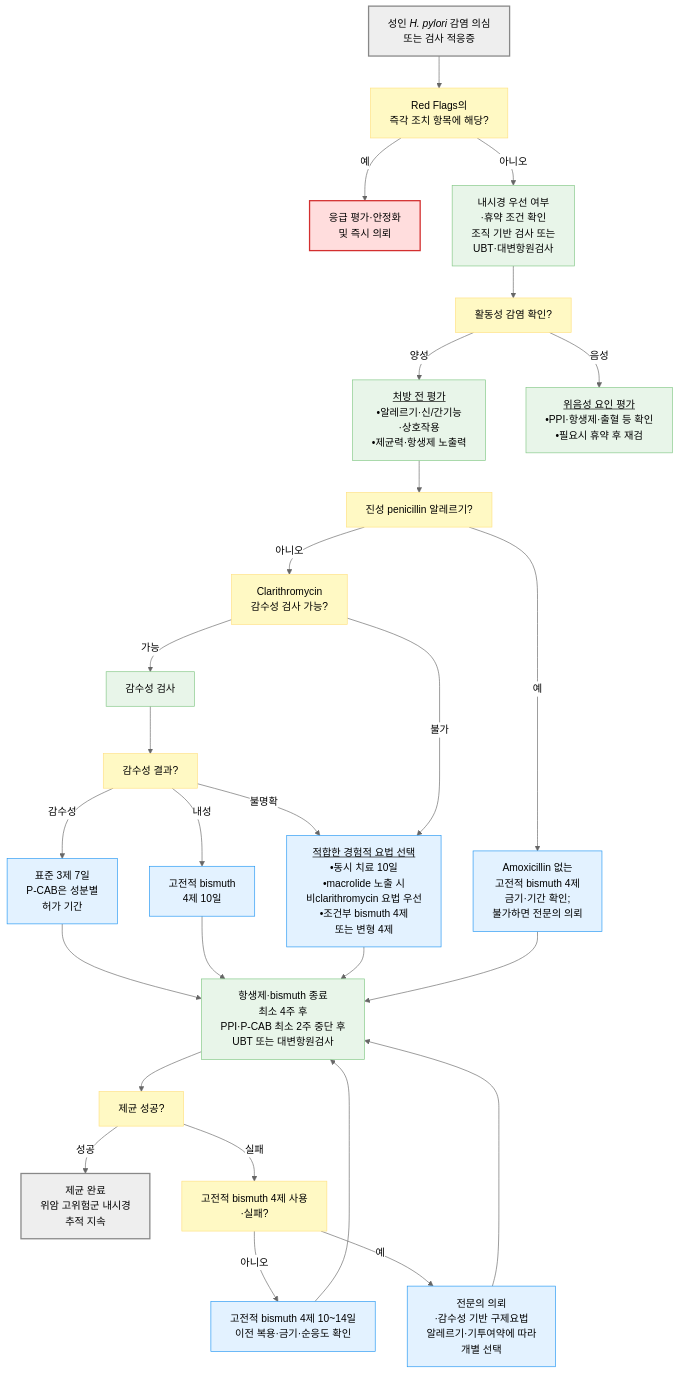
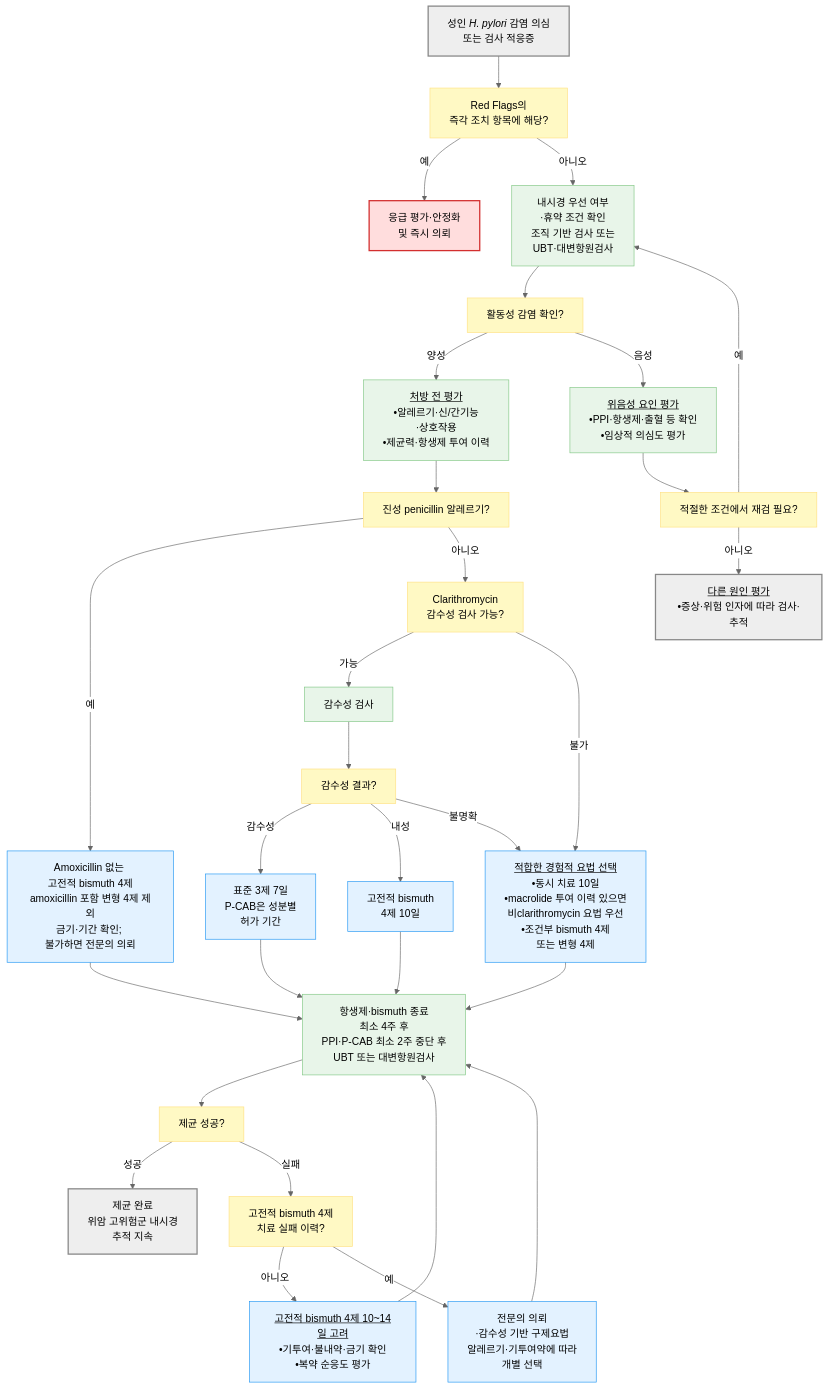
One commit to familyoh77/familyoh77 changed the diagram in 224_/080_-h_pylori-infection.md. Above: the diagram before and after it, drawn with Mermaid (neutral theme). The commit also changed other lines of this file, not shown here.

````diff
--- a/224_/080_-h_pylori-infection.md
+++ b/224_/080_-h_pylori-infection.md
@@ -125,40 +125,43 @@
 ```mermaid
 flowchart TD
     A["성인 <i>H. pylori</i> 감염 의심<br/>또는 검사 적응증"] --> R["Red Flags의<br/>즉각 조치 항목에 해당?"]
     R -- "예" --> U["응급 평가·안정화<br/>및 즉시 의뢰"]
     R -- "아니오" --> B["내시경 우선 여부<br/>·휴약 조건 확인<br/>조직 기반 검사 또는 <br/>UBT·대변항원검사"]
     B --> C["활동성 감염 확인?"]
-    C -- "양성" --> V["<u>처방 전 평가</u><br/>•알레르기·신/간기능<br/>·상호작용<br/>•제균력·항생제 노출력"]
+    C -- "양성" --> V["<u>처방 전 평가</u><br/>•알레르기·신/간기능<br/>·상호작용<br/>•제균력·항생제 투여 이력"]
     V --> P["진성 penicillin 알레르기?"]
-    P -- "예" --> Q["Amoxicillin 없는 <br/>고전적 bismuth 4제<br/>금기·기간 확인; <br/>불가하면 전문의 의뢰"]
+    P -- "예" --> Q["Amoxicillin 없는 <br/>고전적 bismuth 4제<br/>amoxicillin 포함 변형 4제 제외<br/>금기·기간 확인; <br/>불가하면 전문의 의뢰"]
     P -- "아니오" --> E["Clarithromycin <br/>감수성 검사 가능?"]
     E -- "가능" --> AST["감수성 검사"]
     AST --> F["감수성 결과?"]
     F -- "감수성" --> G["표준 3제 7일<br/>P-CAB은 성분별 <br/>허가 기간"]
     F -- "내성" --> H["고전적 bismuth <br/>4제 10일"]
-    F -- "불명확" --> I["<u>적합한 경험적 요법 선택</u><br/>•동시 치료 10일<br/>•macrolide 노출 시 <br/>비clarithromycin 요법 우선<br/>•조건부 bismuth 4제 <br/>또는 변형 4제"]
+    F -- "불명확" --> I["<u>적합한 경험적 요법 선택</u><br/>•동시 치료 10일<br/>•macrolide 투여 이력 있으면 <br/>비clarithromycin 요법 우선<br/>•조건부 bismuth 4제 <br/>또는 변형 4제"]
     E -- "불가" --> I
     G --> J["항생제·bismuth 종료 <br/>최소 4주 후<br/>PPI·P-CAB 최소 2주 중단 후<br/>UBT 또는 대변항원검사"]
     H --> J
     I --> J
     Q --> J
     J --> K["제균 성공?"]
     K -- "성공" --> L["제균 완료<br/>위암 고위험군 내시경 <br/>추적 지속"]
-    K -- "실패" --> M["고전적 bismuth 4제 사용<br/>·실패?"]
-    M -- "아니오" --> N["고전적 bismuth 4제 10~14일<br/>이전 복용·금기·순응도 확인"]
+    K -- "실패" --> M["고전적 bismuth 4제<br/>치료 실패 이력?"]
+    M -- "아니오" --> N["<u>고전적 bismuth 4제 10~14일 고려</u><br/>•기투여·불내약·금기 확인<br/>•복약 순응도 평가"]
     M -- "예" --> O["전문의 의뢰<br/>·감수성 기반 구제요법<br/>알레르기·기투여약에 따라 <br/>개별 선택"]
     N --> J
     O --> J
-    C -- "음성" --> D["<u>위음성 요인 평가</u><br/>•PPI·항생제·출혈 등 확인<br/>•필요시 휴약 후 재검"]
+    C -- "음성" --> D["<u>위음성 요인 평가</u><br/>•PPI·항생제·출혈 등 확인<br/>•임상적 의심도 평가"]
+    D --> D2["적절한 조건에서 재검 필요?"]
+    D2 -- "예" --> B
+    D2 -- "아니오" --> T["<u>다른 원인 평가</u><br/>•증상·위험 인자에 따라 검사·추적"]
 
     classDef neutral fill:#eeeeee,stroke:#888888,stroke-width:2px
     classDef question fill:#fff9c4,stroke:#ffe082
     classDef test fill:#e8f5e9,stroke:#81c784
     classDef treatment fill:#e3f2ff,stroke:#2196f3
-    class A,L neutral
-    class R,C,E,F,K,M,P question
+    class A,L,T neutral
+    class R,C,E,F,K,M,P,D2 question
     class B,D,V,AST,J test
     class G,H,I,N,O,Q treatment
     style U fill:#ffdddd,stroke:#d32f2f,stroke-width:2px
 
 ```
````
